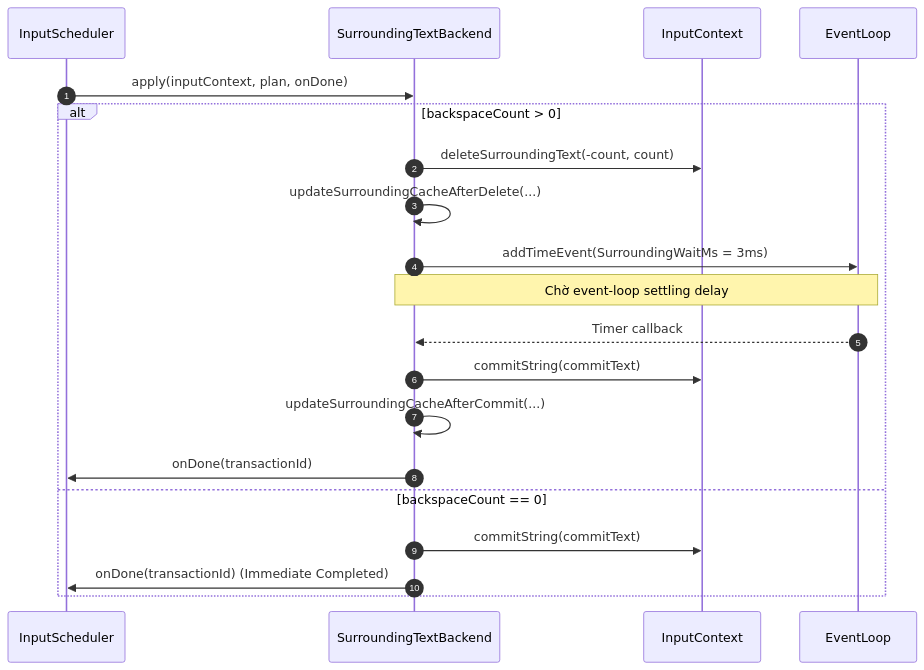
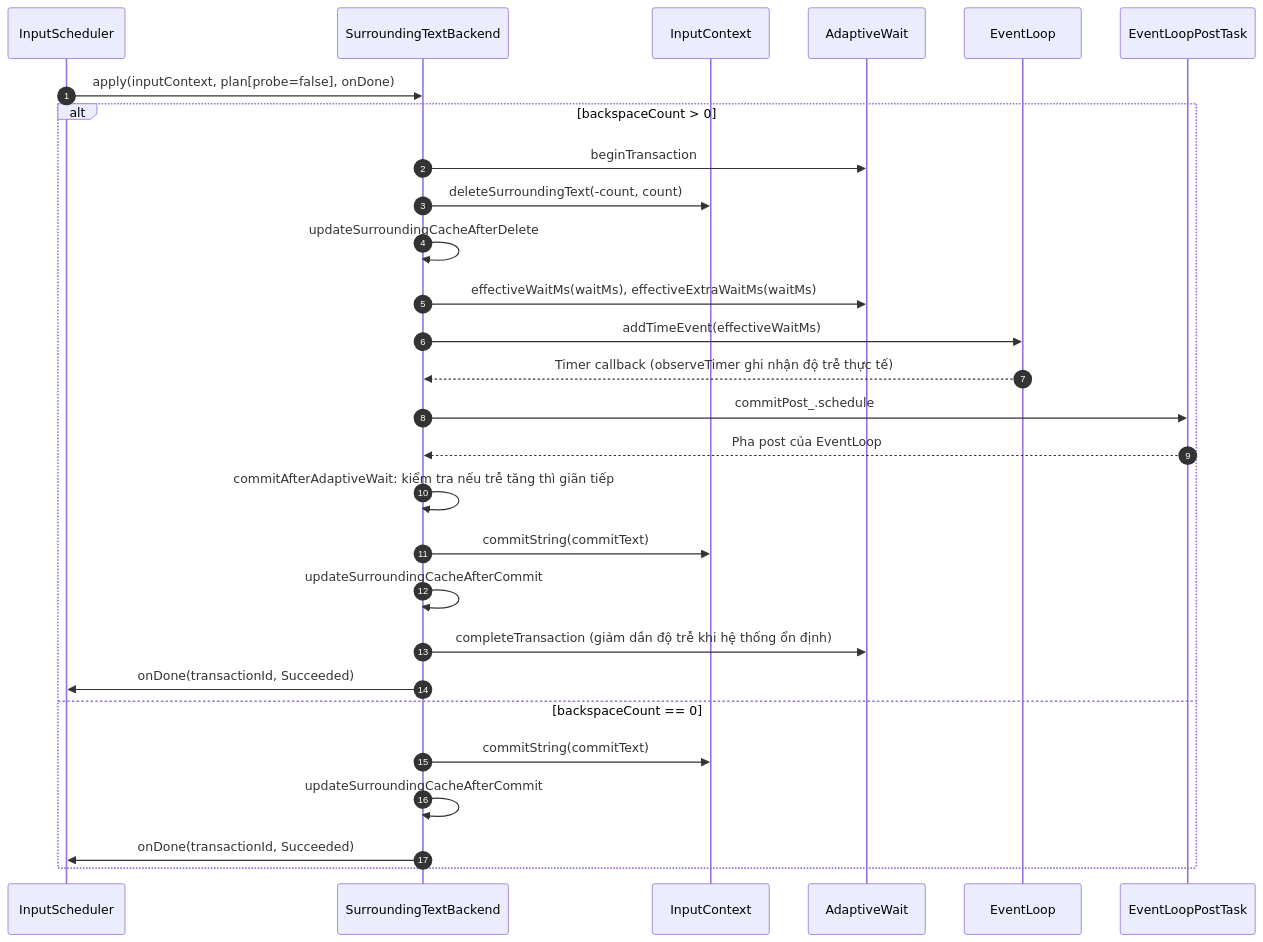
One commit to xhkzeroone/ArecaIME changed the third of 7 diagrams in docs/ARECA_ARCHITECTURE_SPECIFICATION.md. Above: the diagram before and after it, drawn with Mermaid. The commit also changed other lines of this file and 1 other file, not shown here.

Commit message:
docs: update surrounding probe and adaptive wait architecture spec

````diff
--- a/docs/ARECA_ARCHITECTURE_SPECIFICATION.md
+++ b/docs/ARECA_ARCHITECTURE_SPECIFICATION.md
@@ -126,23 +169,31 @@
 ```mermaid
 sequenceDiagram
     autonumber
     participant S as InputScheduler
     participant B as SurroundingTextBackend
     participant IC as InputContext
+    participant AW as AdaptiveWait
     participant EL as EventLoop
+    participant PT as EventLoopPostTask
 
-    S->>B: apply(inputContext, plan, onDone)
+    S->>B: apply(inputContext, plan[probe=false], onDone)
     alt backspaceCount > 0
+        B->>AW: beginTransaction
         B->>IC: deleteSurroundingText(-count, count)
-        B->>B: updateSurroundingCacheAfterDelete(...)
-        B->>EL: addTimeEvent(SurroundingWaitMs = 3ms)
-        Note over B,EL: Chờ event-loop settling delay
-        EL-->>B: Timer callback
+        B->>B: updateSurroundingCacheAfterDelete
+        B->>AW: effectiveWaitMs(waitMs), effectiveExtraWaitMs(waitMs)
+        B->>EL: addTimeEvent(effectiveWaitMs)
+        EL-->>B: Timer callback (observeTimer ghi nhận độ trễ thực tế)
+        B->>PT: commitPost_.schedule
+        PT-->>B: Pha post của EventLoop
+        B->>B: commitAfterAdaptiveWait: kiểm tra nếu trễ tăng thì giãn tiếp
         B->>IC: commitString(commitText)
-        B->>B: updateSurroundingCacheAfterCommit(...)
-        B->>S: onDone(transactionId)
+        B->>B: updateSurroundingCacheAfterCommit
+        B->>AW: completeTransaction (giảm dần độ trễ khi hệ thống ổn định)
+        B->>S: onDone(transactionId, Succeeded)
     else backspaceCount == 0
         B->>IC: commitString(commitText)
-        B->>S: onDone(transactionId) (Immediate Completed)
+        B->>B: updateSurroundingCacheAfterCommit
+        B->>S: onDone(transactionId, Succeeded)
     end
 ```
````
